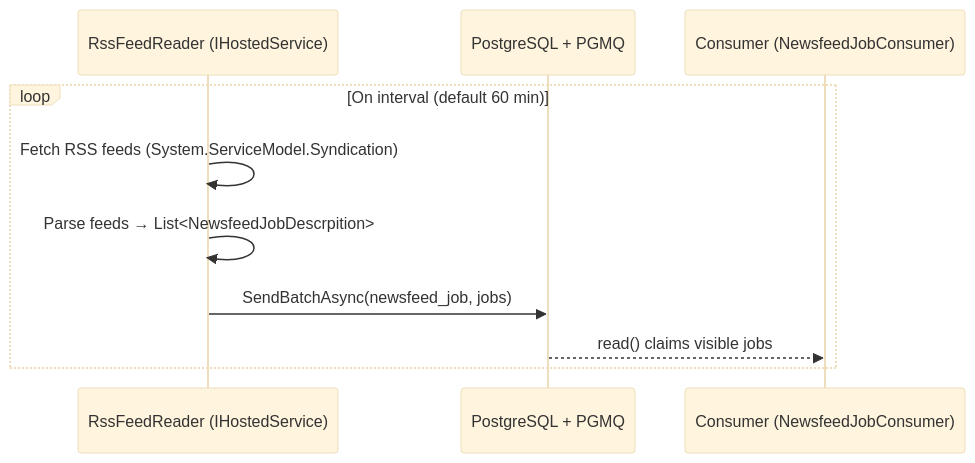
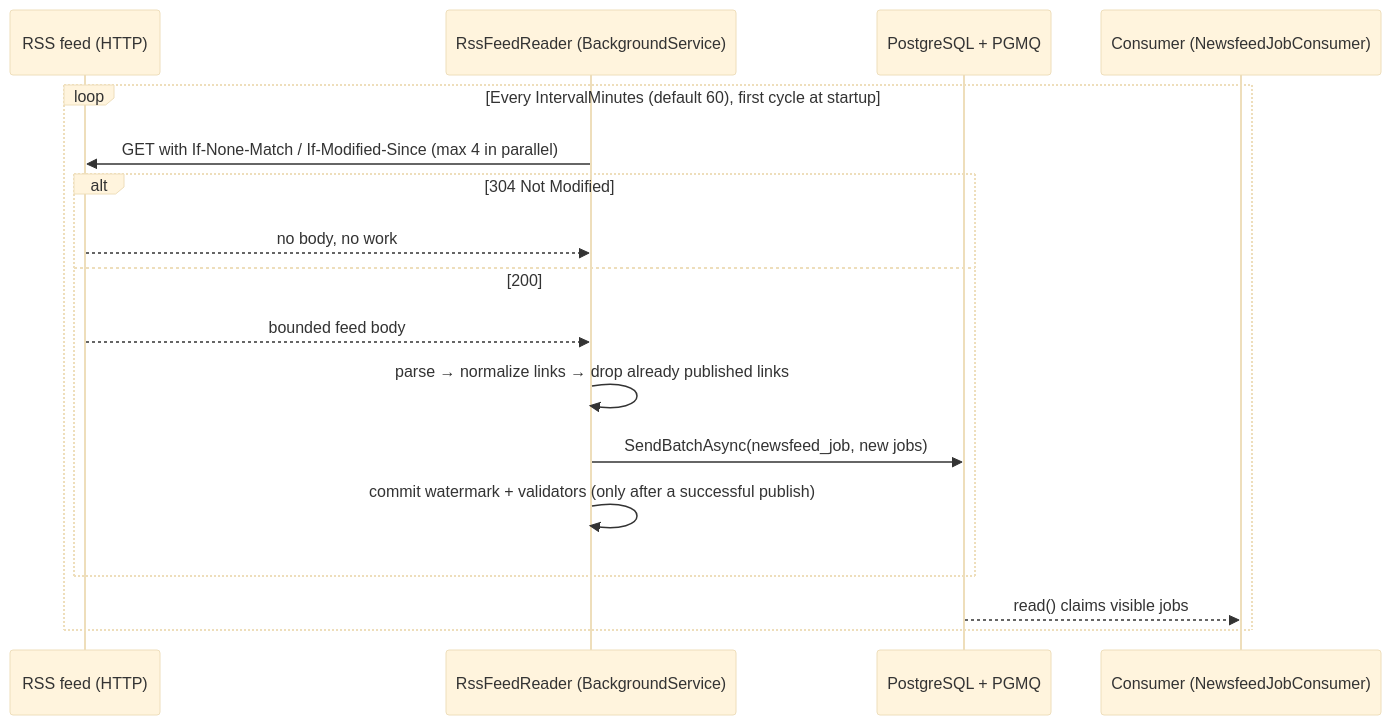
Before and after one commit to Fortyfei/AgitpropScraper: the first of 8 diagrams in .docs/pipelines.md, drawn with Mermaid (base theme). The commit also changed other lines of this file and 53 other files, not shown here.

First line of the commit message:
Rework RSS reader tracing, logging, and scrape pipeline (#98)

````diff
--- a/.docs/pipelines.md
+++ b/.docs/pipelines.md
@@ -10,13 +10,20 @@
 ```mermaid
 sequenceDiagram
-    participant RSS as RssFeedReader (IHostedService)
+    participant FEED as RSS feed (HTTP)
+    participant RSS as RssFeedReader (BackgroundService)
     participant DB as PostgreSQL + PGMQ
     participant CON as Consumer (NewsfeedJobConsumer)
 
-    loop On interval (default 60 min)
-        RSS->>RSS: Fetch RSS feeds (System.ServiceModel.Syndication)
-        RSS->>RSS: Parse feeds → List<NewsfeedJobDescrpition>
-        RSS->>DB: SendBatchAsync(newsfeed_job, jobs)
+    loop Every IntervalMinutes (default 60), first cycle at startup
+        RSS->>FEED: GET with If-None-Match / If-Modified-Since (max 4 in parallel)
+        alt 304 Not Modified
+            FEED-->>RSS: no body, no work
+        else 200
+            FEED-->>RSS: bounded feed body
+            RSS->>RSS: parse → normalize links → drop already published links
+            RSS->>DB: SendBatchAsync(newsfeed_job, new jobs)
+            RSS->>RSS: commit watermark + validators (only after a successful publish)
+        end
         DB-->>CON: read() claims visible jobs
     end
 ```
````
